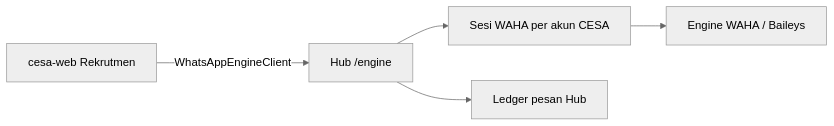
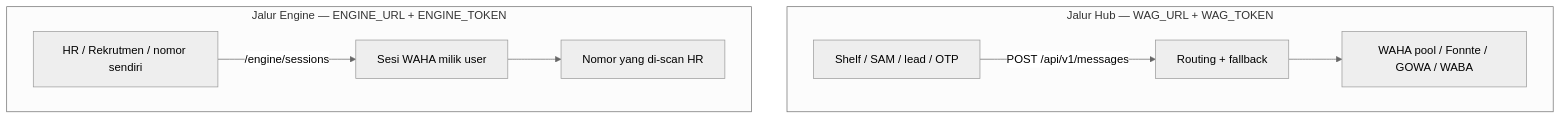
One commit to kungfufafa/wag-hub changed the diagram in docs/CESA_WEB.md. Above: the diagram before and after it, drawn with Mermaid (neutral theme). The commit also changed other lines of this file and 11 other files, not shown here.

First line of the commit message:
feat: keep engine tokens separate from Hub fallback tokens

````diff
--- a/docs/CESA_WEB.md
+++ b/docs/CESA_WEB.md
@@ -9,7 +6,12 @@
 ```mermaid
-flowchart LR
-    C["cesa-web Rekrutmen"] -->|"WhatsAppEngineClient"| E["Hub /engine"]
-    E --> S["Sesi WAHA per akun CESA"]
-    S --> W["Engine WAHA / Baileys"]
-    E --> L["Ledger pesan Hub"]
+flowchart TB
+    subgraph hub ["Jalur Hub — WAG_URL + WAG_TOKEN"]
+        A["Shelf / SAM / lead / OTP"] -->|"POST /api/v1/messages"| R["Routing + fallback"]
+        R --> P["WAHA pool / Fonnte / GOWA / WABA"]
+    end
+
+    subgraph engine ["Jalur Engine — ENGINE_URL + ENGINE_TOKEN"]
+        H["HR / Rekrutmen / nomor sendiri"] -->|"/engine/sessions"| S["Sesi WAHA milik user"]
+        S --> N["Nomor yang di-scan HR"]
+    end
 ```
````
